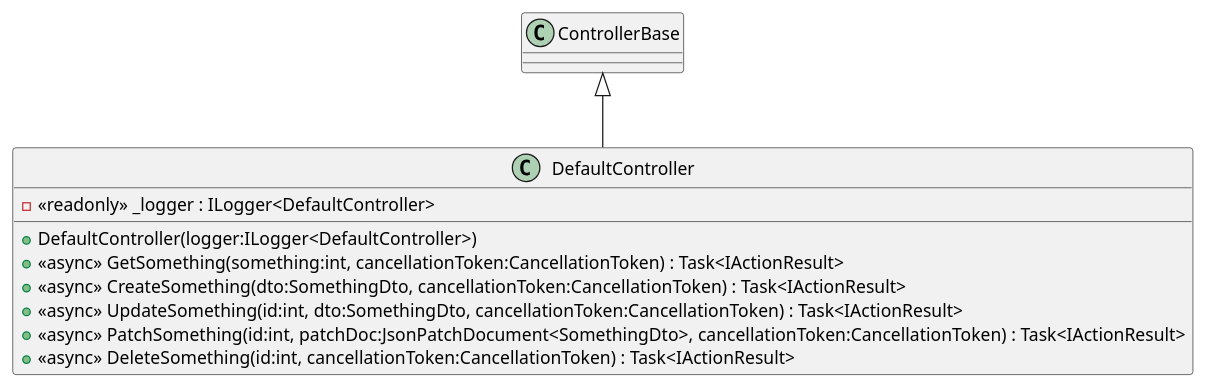
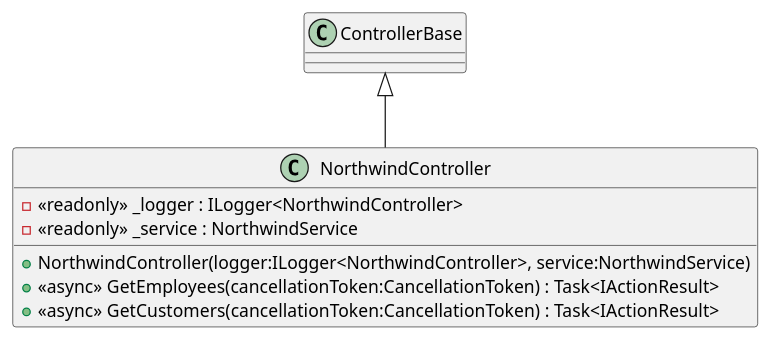
The diagram in __extras__/docu/plantuml/DefaultController.puml (domoar/Northwind-Api), drawn with PlantUML before and after one commit. The commit also changed 2 other files, not shown here.

Commit message:
chore: update PlantUML diagrams

```diff
--- a/__extras__/docu/plantuml/DefaultController.puml
+++ b/__extras__/docu/plantuml/DefaultController.puml
@@ -1,12 +1,10 @@
 @startuml
-class DefaultController {
-    - <<readonly>> _logger : ILogger<DefaultController>
-    + DefaultController(logger:ILogger<DefaultController>)
-    + <<async>> GetSomething(something:int, cancellationToken:CancellationToken) : Task<IActionResult>
-    + <<async>> CreateSomething(dto:SomethingDto, cancellationToken:CancellationToken) : Task<IActionResult>
-    + <<async>> UpdateSomething(id:int, dto:SomethingDto, cancellationToken:CancellationToken) : Task<IActionResult>
-    + <<async>> PatchSomething(id:int, patchDoc:JsonPatchDocument<SomethingDto>, cancellationToken:CancellationToken) : Task<IActionResult>
-    + <<async>> DeleteSomething(id:int, cancellationToken:CancellationToken) : Task<IActionResult>
+class NorthwindController {
+    - <<readonly>> _logger : ILogger<NorthwindController>
+    - <<readonly>> _service : NorthwindService
+    + NorthwindController(logger:ILogger<NorthwindController>, service:NorthwindService)
+    + <<async>> GetEmployees(cancellationToken:CancellationToken) : Task<IActionResult>
+    + <<async>> GetCustomers(cancellationToken:CancellationToken) : Task<IActionResult>
 }
-ControllerBase <|-- DefaultController
+ControllerBase <|-- NorthwindController
 @enduml
```
